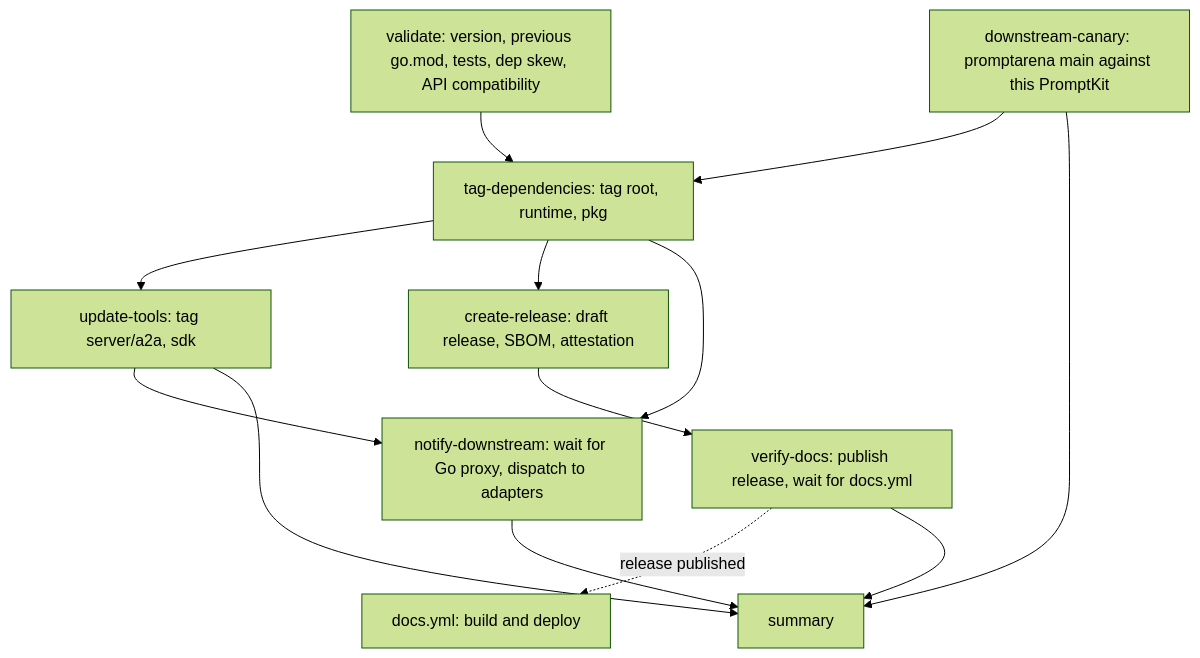
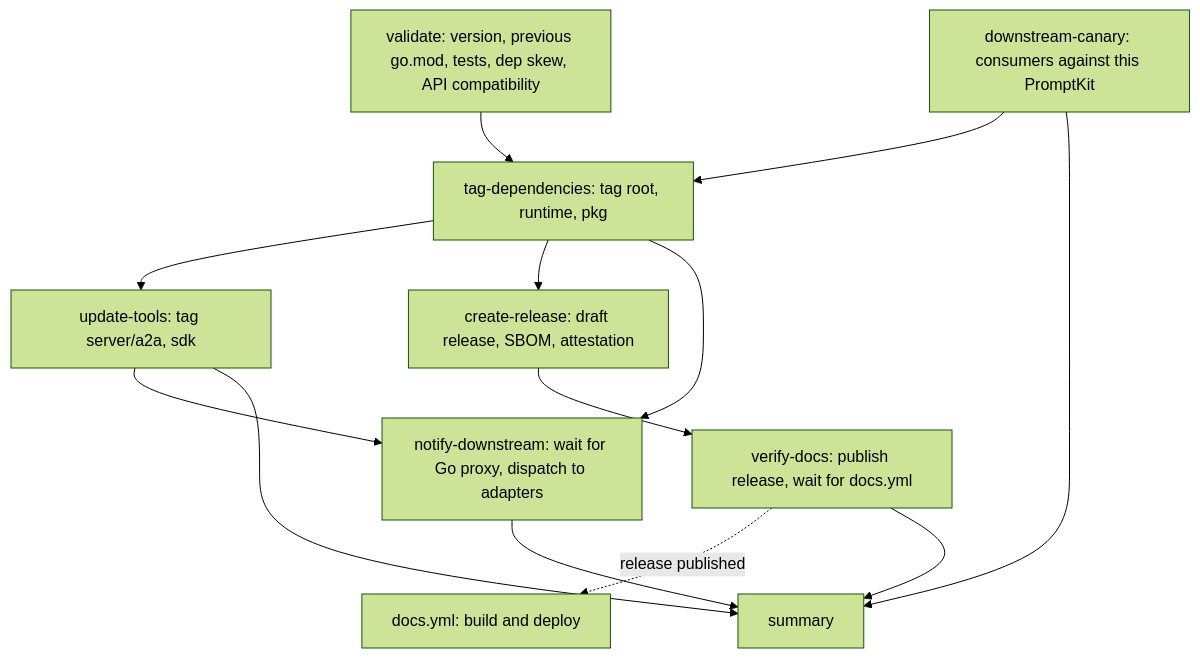
The fifth of 6 diagrams in docs/src/content/docs/devops/ci-cd-diagrams.md (AltairaLabs/PromptKit), drawn with Mermaid (forest theme) before and after one commit. The commit also changed 6 other files, not shown here.

First line of the commit message:
ci: add the SDK consumers to the downstream canary

````diff
--- a/docs/src/content/docs/devops/ci-cd-diagrams.md
+++ b/docs/src/content/docs/devops/ci-cd-diagrams.md
@@ -127,25 +127,25 @@
 ```mermaid
 flowchart TD
     validate["validate: version, previous go.mod, tests, dep skew, API compatibility"]
-    canary["downstream-canary: promptarena main against this PromptKit"]
+    canary["downstream-canary: consumers against this PromptKit"]
     libs["tag-dependencies: tag root, runtime, pkg"]
     tools["update-tools: tag server/a2a, sdk"]
     create["create-release: draft release, SBOM, attestation"]
     verify["verify-docs: publish release, wait for docs.yml"]
     docs["docs.yml: build and deploy"]
     notify["notify-downstream: wait for Go proxy, dispatch to adapters"]
     summary["summary"]
 
     validate --> libs
     canary --> libs
     canary --> summary
     libs --> tools
     libs --> create
     create --> verify
     verify -.->|release published| docs
     tools --> notify
     libs --> notify
     verify --> summary
     notify --> summary
     tools --> summary
 ```
````
